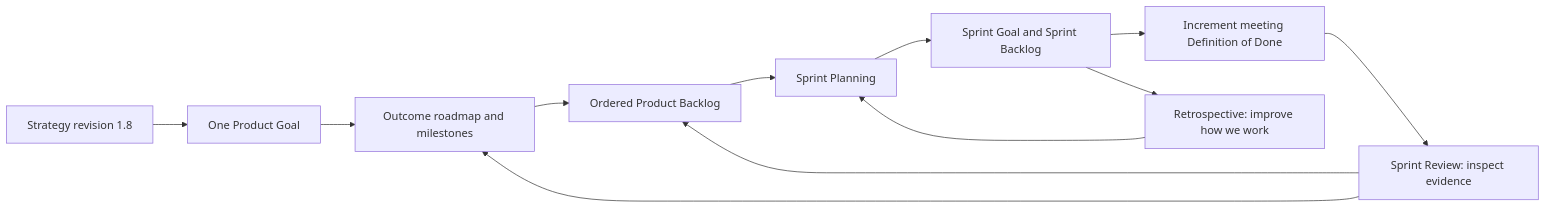
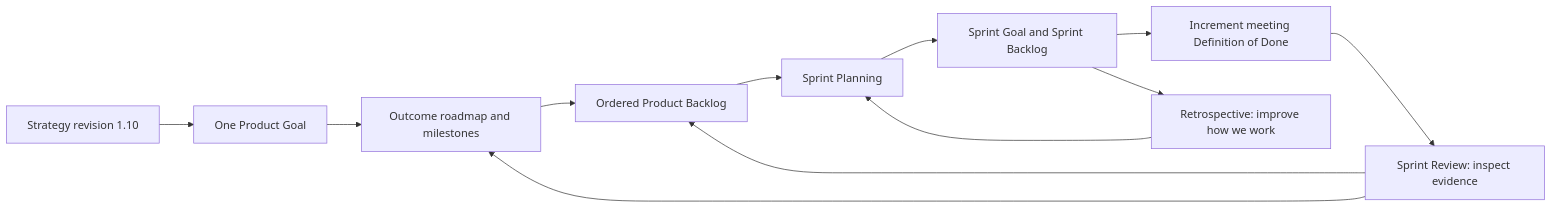
Before and after one commit to PyBLE-dev/PyBLE: the diagram in docs/developments/2026-q4-reliable-workflow/01_Overview_and_Scrum_Framework.md, drawn with Mermaid. The commit also changed other lines of this file and 12 other files, not shown here.

````diff
--- a/docs/developments/2026-q4-reliable-workflow/01_Overview_and_Scrum_Framework.md
+++ b/docs/developments/2026-q4-reliable-workflow/01_Overview_and_Scrum_Framework.md
@@ -52,14 +57,14 @@
 ```mermaid
 flowchart LR
-    Strategy["Strategy revision 1.8"] --> Goal["One Product Goal"]
+    Strategy["Strategy revision 1.10"] --> Goal["One Product Goal"]
     Goal --> Roadmap["Outcome roadmap and milestones"]
     Roadmap --> Product["Ordered Product Backlog"]
     Product --> Planning["Sprint Planning"]
     Planning --> Sprint["Sprint Goal and Sprint Backlog"]
     Sprint --> Increment["Increment meeting Definition of Done"]
     Increment --> Review["Sprint Review: inspect evidence"]
     Review --> Product
     Review --> Roadmap
     Sprint --> Retro["Retrospective: improve how we work"]
     Retro --> Planning
 ```
````
